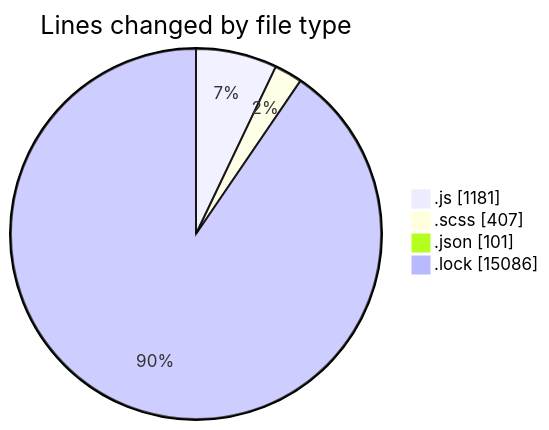
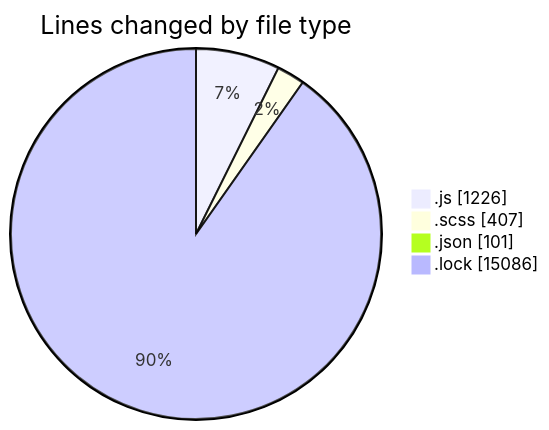
One commit to momahboobian/code-tracking changed the first of 2 diagrams in 2026-01-05/cda/README.md. Above: the diagram before and after it, drawn with Mermaid. The commit also changed other lines of this file and 1 other file, not shown here.

````diff
--- a/2026-01-05/cda/README.md
+++ b/2026-01-05/cda/README.md
@@ -32,8 +33,8 @@
 ```mermaid
 pie showData
 title Lines changed by file type
-".js" : 1181
+".js" : 1226
 ".scss" : 407
 ".json" : 101
 ".lock" : 15086
 ```
````
